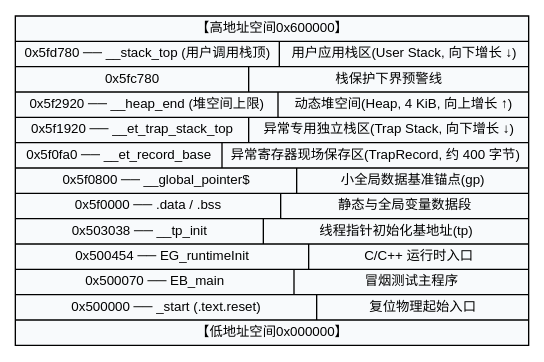
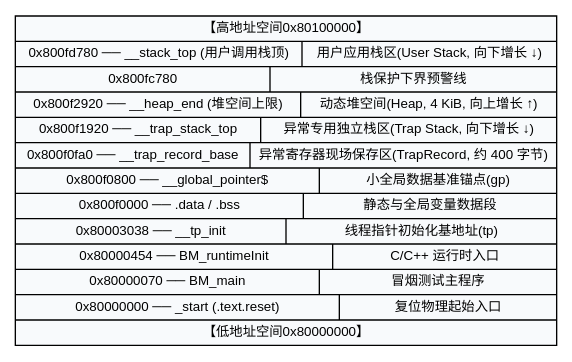
Before and after one commit to hqu-little-boy/blog: the tenth of 13 diagrams in src/content/posts/riscv-baremetal-boot-and-runtime-bringup-guide.md, drawn with Graphviz. The commit also changed other lines of this file and 3 other files, not shown here.

Commit message:
feat(diagrams): support in-place source code toggle and character-level text selection

````diff
--- a/src/content/posts/riscv-baremetal-boot-and-runtime-bringup-guide.md
+++ b/src/content/posts/riscv-baremetal-boot-and-runtime-bringup-guide.md
@@ -618,22 +618,22 @@
 ```graphviz
 digraph memory_map {
     rankdir=TB;
     node [shape=record, fontname="sans-serif", fontsize=10];
 
     ram [label="{
-        <high> 【高地址空间 0x600000】 |
-        { 0x5fd780 ── __stack_top (用户调用栈顶) | 用户应用栈区 (User Stack, 向下增长 ↓) } |
-        { 0x5fc780 | 栈保护下界预警线 } |
-        { 0x5f2920 ── __heap_end (堆空间上限) | 动态堆空间 (Heap, 4 KiB, 向上增长 ↑) } |
-        { 0x5f1920 ── __et_trap_stack_top | 异常专用独立栈区 (Trap Stack, 向下增长 ↓) } |
-        { 0x5f0fa0 ── __et_record_base | 异常寄存器现场保存区 (TrapRecord, 约 400 字节) } |
-        { 0x5f0800 ── __global_pointer$ | 小全局数据基准锚点 (gp) } |
-        { 0x5f0000 ── .data / .bss | 静态与全局变量数据段 } |
-        { 0x503038 ── __tp_init | 线程指针初始化基地址 (tp) } |
-        { 0x500454 ── EG_runtimeInit | C/C++ 运行时入口 } |
-        { 0x500070 ── EB_main | 冒烟测试主程序 } |
-        { 0x500000 ── _start (.text.reset) | 复位物理起始入口 } |
-        <low> 【低地址空间 0x000000】
+        <high> 【高地址空间 0x80100000】 |
+        { 0x800fd780 ── __stack_top (用户调用栈顶) | 用户应用栈区 (User Stack, 向下增长 ↓) } |
+        { 0x800fc780 | 栈保护下界预警线 } |
+        { 0x800f2920 ── __heap_end (堆空间上限) | 动态堆空间 (Heap, 4 KiB, 向上增长 ↑) } |
+        { 0x800f1920 ── __trap_stack_top | 异常专用独立栈区 (Trap Stack, 向下增长 ↓) } |
+        { 0x800f0fa0 ── __trap_record_base | 异常寄存器现场保存区 (TrapRecord, 约 400 字节) } |
+        { 0x800f0800 ── __global_pointer$ | 小全局数据基准锚点 (gp) } |
+        { 0x800f0000 ── .data / .bss | 静态与全局变量数据段 } |
+        { 0x80003038 ── __tp_init | 线程指针初始化基地址 (tp) } |
+        { 0x80000454 ── BM_runtimeInit | C/C++ 运行时入口 } |
+        { 0x80000070 ── BM_main | 冒烟测试主程序 } |
+        { 0x80000000 ── _start (.text.reset) | 复位物理起始入口 } |
+        <low> 【低地址空间 0x80000000】
     }", fillcolor="#f8fafc", style=filled];
 }
 ```
````
